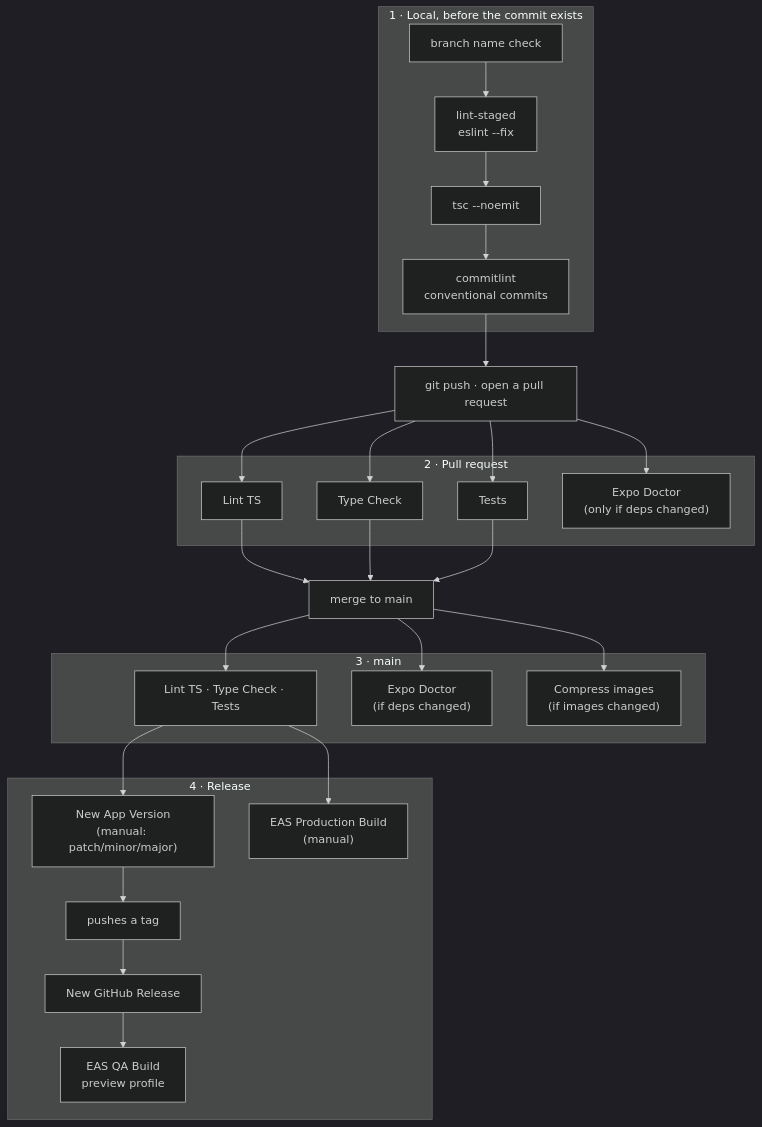
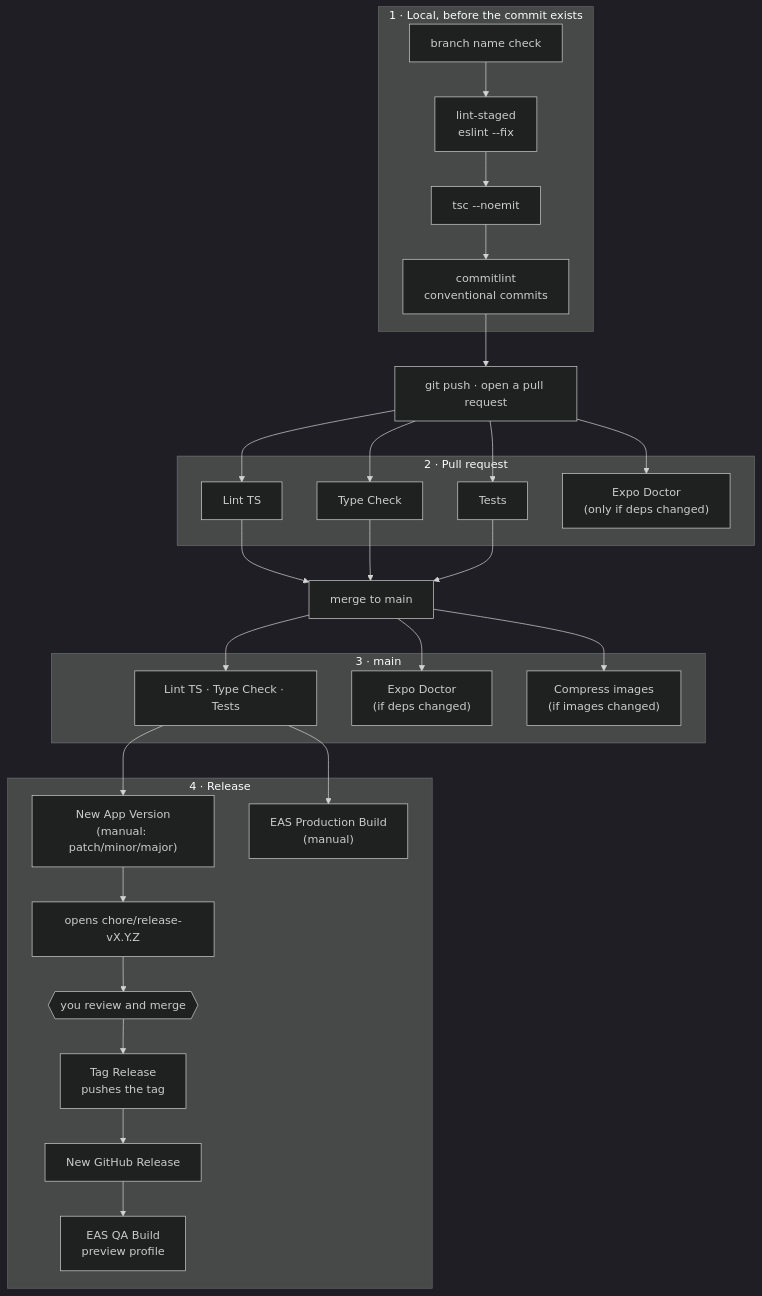
The diagram in README.md (TiagoOlivv/s-expo), drawn with Mermaid (dark theme) before and after one commit. The commit also changed other lines of this file and 5 other files, not shown here.

````diff
--- a/README.md
+++ b/README.md
@@ -75,39 +75,41 @@
 ```mermaid
 flowchart TD
     subgraph L["1 · Local, before the commit exists"]
         L1["branch name check"] --> L2["lint-staged<br/>eslint --fix"] --> L3["tsc --noemit"] --> L4["commitlint<br/>conventional commits"]
     end
 
     L4 --> PR["git push · open a pull request"]
 
     subgraph P["2 · Pull request"]
         P1["Lint TS"]
         P2["Type Check"]
         P3["Tests"]
         P4["Expo Doctor<br/>(only if deps changed)"]
     end
 
     PR --> P1 & P2 & P3 & P4
 
     P1 & P2 & P3 --> M["merge to main"]
 
     subgraph MA["3 · main"]
         M1["Lint TS · Type Check · Tests"]
         M2["Expo Doctor<br/>(if deps changed)"]
         M3["Compress images<br/>(if images changed)"]
     end
 
     M --> M1 & M2 & M3
 
     subgraph R["4 · Release"]
         R1["New App Version<br/>(manual: patch/minor/major)"]
-        R2["pushes a tag"]
+        R2["opens chore/release-vX.Y.Z"]
+        R2b{{"you review and merge"}}
+        R2c["Tag Release<br/>pushes the tag"]
         R3["New GitHub Release"]
         R4["EAS QA Build<br/>preview profile"]
         R5["EAS Production Build<br/>(manual)"]
-        R1 --> R2 --> R3 --> R4
+        R1 --> R2 --> R2b --> R2c --> R3 --> R4
     end
 
     M1 --> R1
     M1 --> R5
 ```
````
